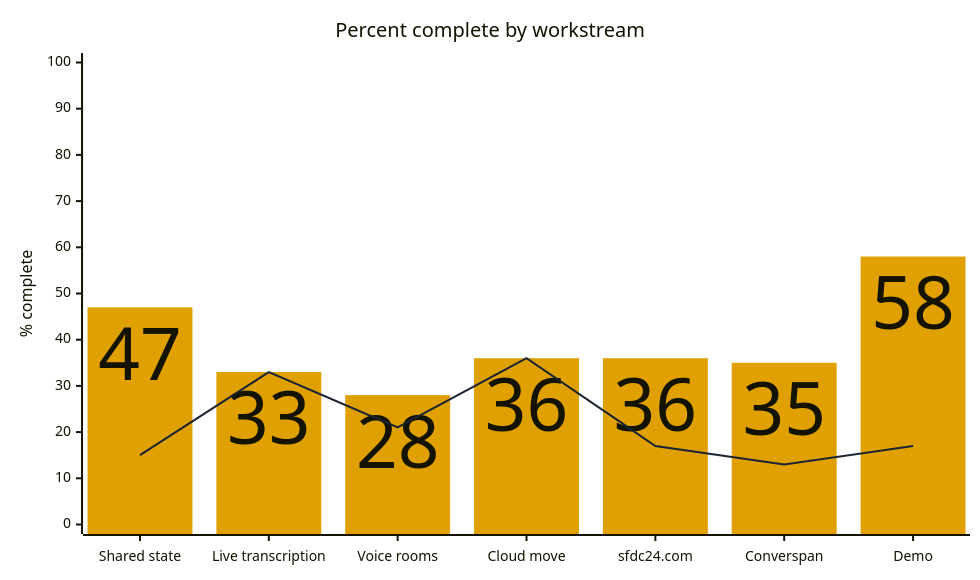
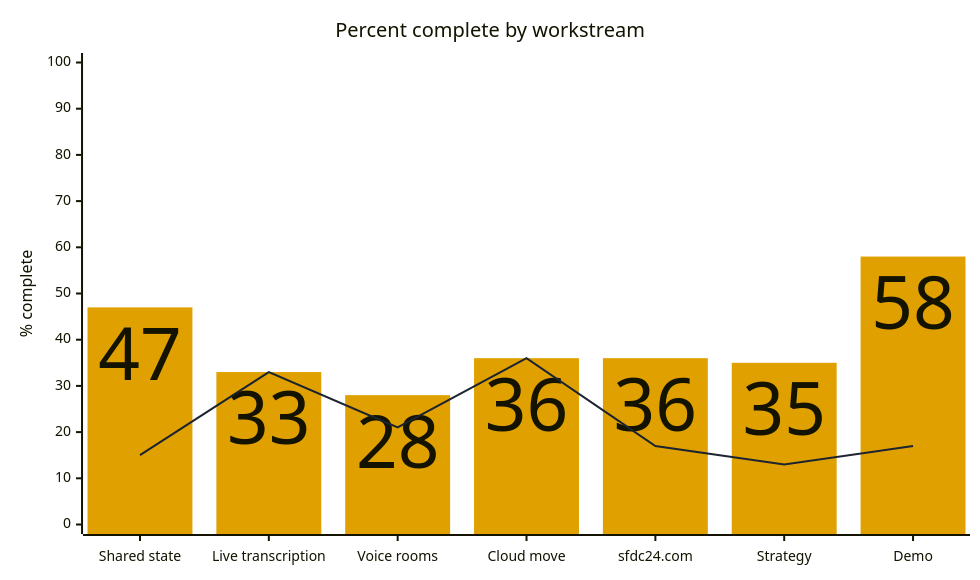
The diagram in assets/milestones/2026-10-08-progress.mmd (sfdc-24/sfdc24-site), drawn with Mermaid before and after one commit. The commit also changed 32 other files, not shown here.

```diff
--- a/assets/milestones/2026-10-08-progress.mmd
+++ b/assets/milestones/2026-10-08-progress.mmd
@@ -1,18 +1,18 @@
 ---
 title: Percent complete by workstream
 config:
   xyChart:
     width: 960
     height: 560
     titlePadding: 8
     showDataLabel: true
   themeVariables:
     xyChart:
       plotColorPalette: "#e0a100, #1b2430"
 ---
 %% Percent = (done + 0.5 x in progress) / all milestones. Figures are copied from the Oct 8 source.
 xychart-beta
-    x-axis ["Shared state", "Live transcription", "Voice rooms", "Cloud move", "sfdc24.com", "Converspan", "Demo"]
+    x-axis ["Shared state", "Live transcription", "Voice rooms", "Cloud move", "sfdc24.com", "Strategy", "Demo"]
     y-axis "% complete" 0 --> 100
     bar [47, 33, 28, 36, 36, 35, 58]
     line [15, 33, 21, 36, 17, 13, 17]
```
